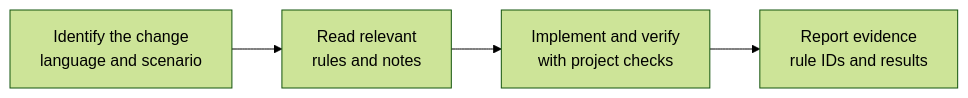
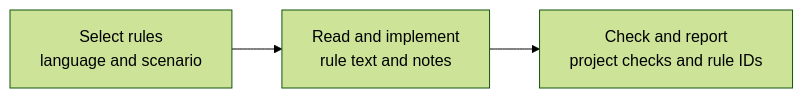
Before and after one commit to yuhengqin/secure-coding-skill: the diagram in README.en.md, drawn with Mermaid (forest theme). The commit also changed 1 other file, not shown here.

Commit message:
docs: keep README workflow diagram legible

````diff
--- a/README.en.md
+++ b/README.en.md
@@ -25,6 +25,5 @@
 ```mermaid
 flowchart LR
-    A["Identify the change<br/>language and scenario"] --> B["Read relevant<br/>rules and notes"]
-    B --> C["Implement and verify<br/>with project checks"]
-    C --> D["Report evidence<br/>rule IDs and results"]
+    A["Select rules<br/>language and scenario"] --> B["Read and implement<br/>rule text and notes"]
+    B --> C["Check and report<br/>project checks and rule IDs"]
 ```
````
